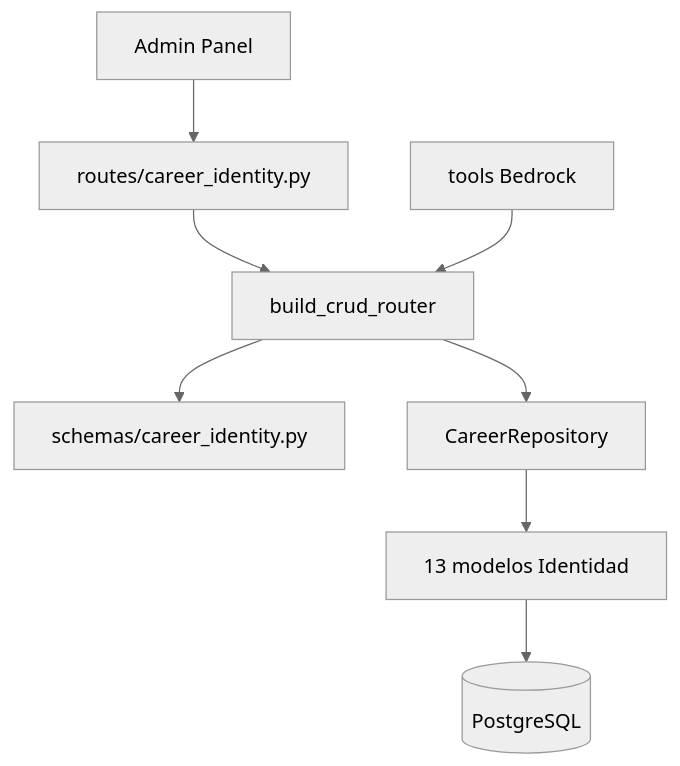
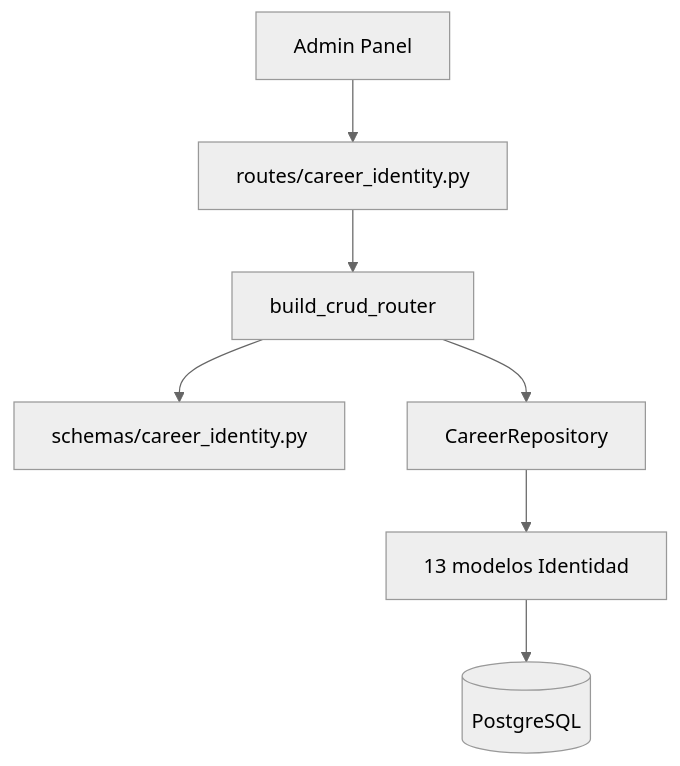
One commit to cjhirashi/cjhirashi-career changed the diagram in cjhirashi-career-api/docs/sections/career-identity/README.md. Above: the diagram before and after it, drawn with Mermaid (neutral theme). The commit also changed other lines of this file and 82 other files, not shown here.

````diff
--- a/cjhirashi-career-api/docs/sections/career-identity/README.md
+++ b/cjhirashi-career-api/docs/sections/career-identity/README.md
@@ -11,10 +11,9 @@
 ```mermaid
 flowchart TB
     Admin[Admin Panel] --> Route[routes/career_identity.py]
     Route --> Factory[build_crud_router]
     Factory --> Schema[schemas/career_identity.py]
     Factory --> Repo[CareerRepository]
     Repo --> Models[13 modelos Identidad]
     Models --> PG[(PostgreSQL)]
-    Bedrock[tools Bedrock] --> Factory
 ```
````
